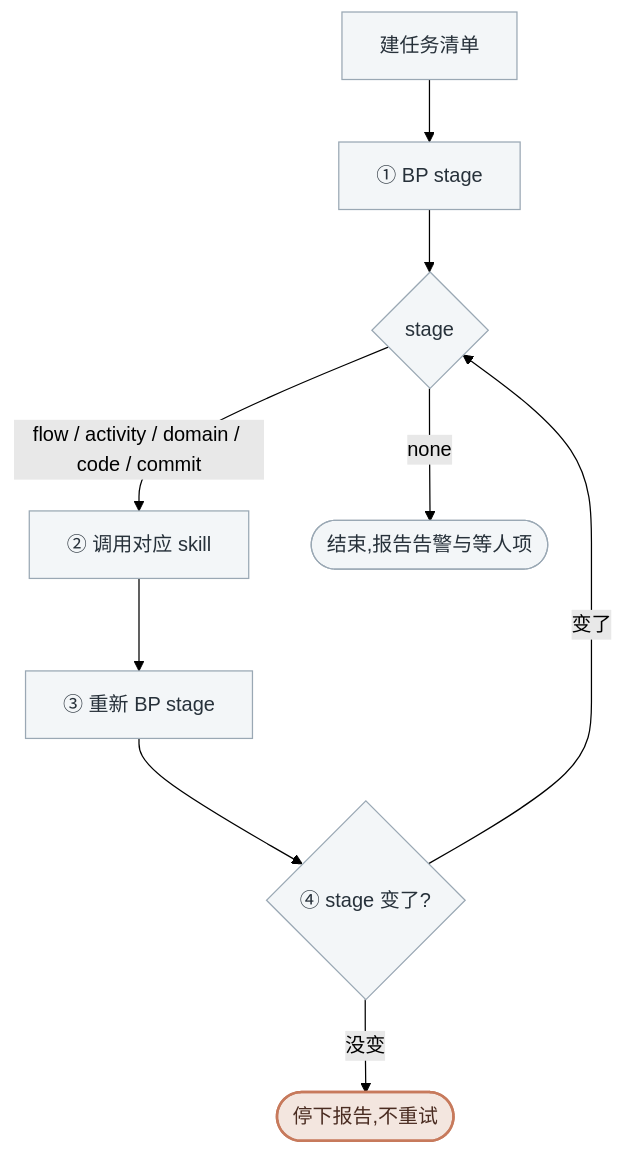
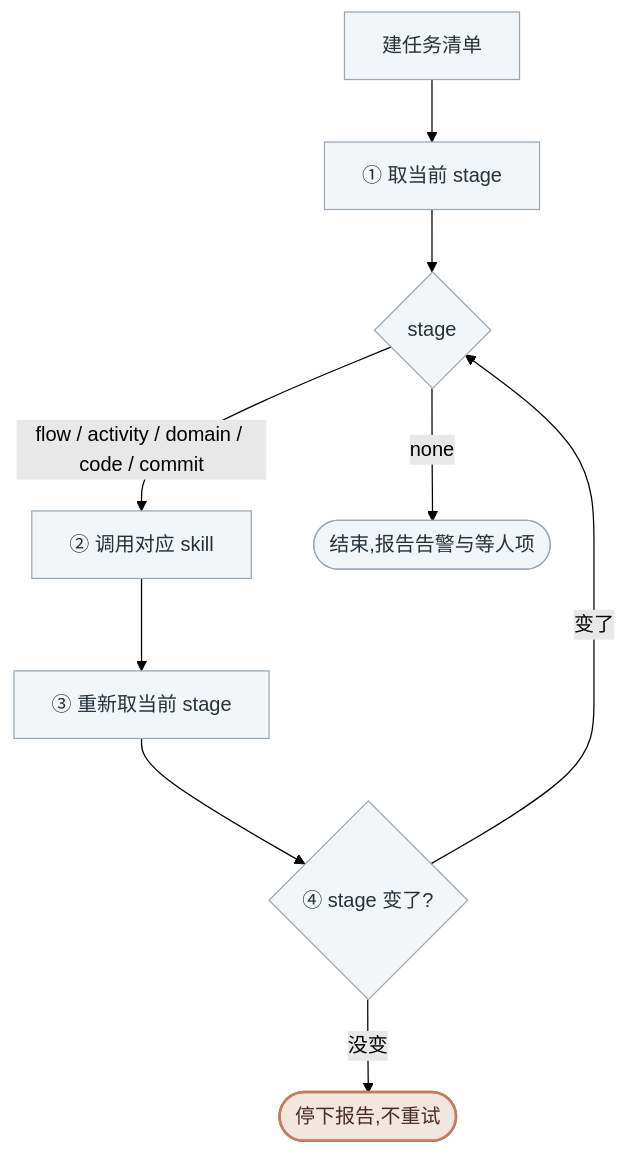
One commit to chxt100016/blueprint changed the diagram in skills/blueprint/assets/skills/pipeline.md. Above: the diagram before and after it, drawn with Mermaid (forest theme). The commit also changed other lines of this file and 45 other files, not shown here.

````diff
--- a/skills/blueprint/assets/skills/pipeline.md
+++ b/skills/blueprint/assets/skills/pipeline.md
@@ -37,15 +41,15 @@
 ```mermaid
 flowchart TD
-    A[建任务清单] --> B[① BP stage]
+    A[建任务清单] --> B[① 取当前 stage]
     B --> C{stage}
     C -->|flow / activity / domain / code / commit| F[② 调用对应 skill]
     C -->|none| G([结束,报告告警与等人项])
-    F --> I[③ 重新 BP stage]
+    F --> I[③ 重新取当前 stage]
     I --> J{④ stage 变了?}
     J -->|变了| C
     J -->|没变| K([停下报告,不重试])
 
     classDef default fill:#f3f6f8,stroke:#9aa8b4,color:#27313a
     classDef human fill:#f3e6df,stroke:#c77a5c,color:#4a2c21,stroke-width:2px
     class K human
 ```
````
